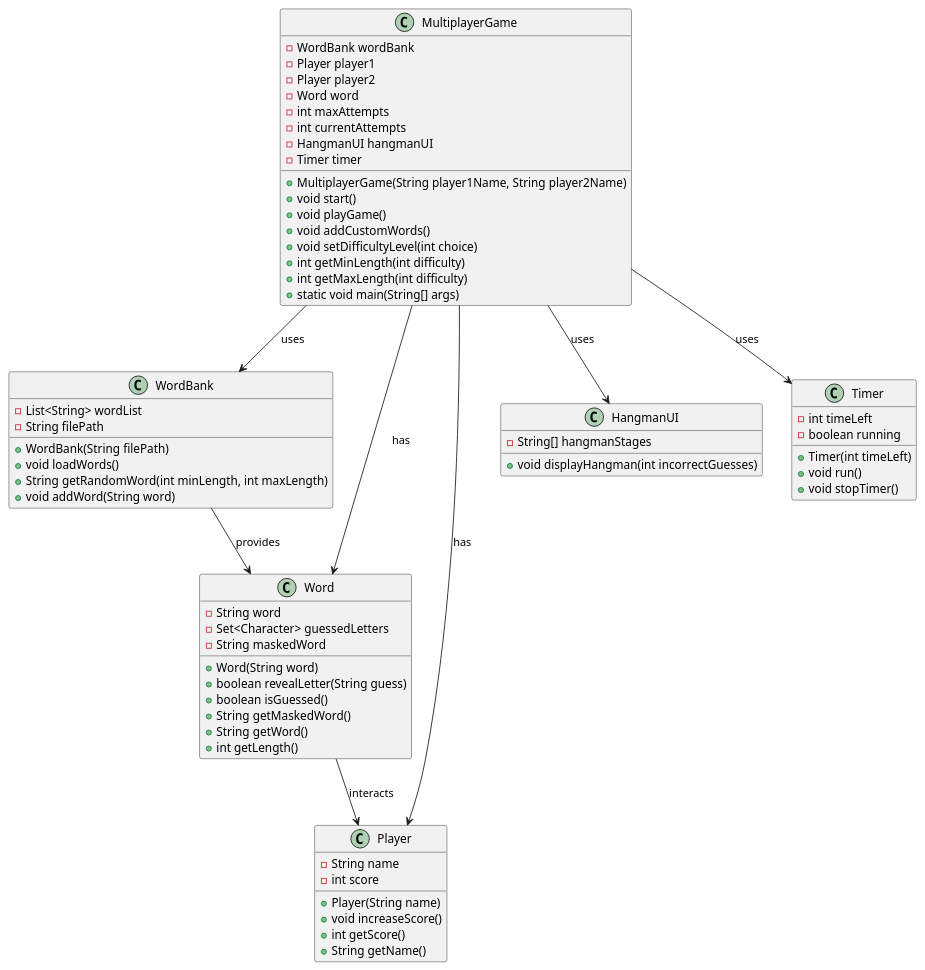
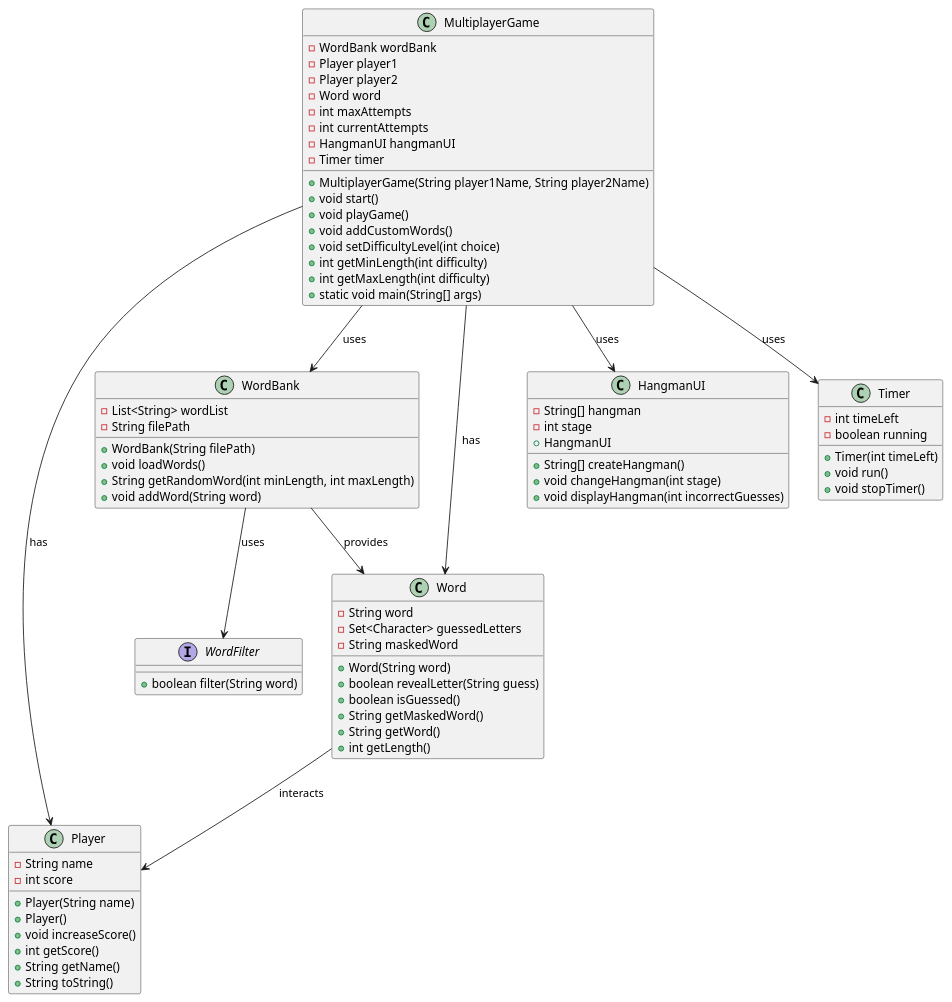
Before and after one commit to dci-fbw-j-24-e02/The-Competition-Project1: the diagram in out/production/The-Competition-Project1/ClassDiagram.puml, drawn with PlantUML. The commit also changed 2 other files, not shown here.

```diff
--- a/out/production/The-Competition-Project1/ClassDiagram.puml
+++ b/out/production/The-Competition-Project1/ClassDiagram.puml
@@ -1,73 +1,84 @@
 @startuml
 
 class WordBank {
     - List<String> wordList
     - String filePath
     + WordBank(String filePath)
     + void loadWords()
     + String getRandomWord(int minLength, int maxLength)
     + void addWord(String word)
 }
 
+interface WordFilter{
+    + boolean filter(String word)
+}
+
 class Player {
     - String name
     - int score
     + Player(String name)
+    + Player()
     + void increaseScore()
     + int getScore()
     + String getName()
+    + String toString()
 }
 
 class Word {
     - String word
     - Set<Character> guessedLetters
     - String maskedWord
     + Word(String word)
     + boolean revealLetter(String guess)
     + boolean isGuessed()
     + String getMaskedWord()
     + String getWord()
     + int getLength()
 }
 
 class HangmanUI {
-    - String[] hangmanStages
+    - String[] hangman
+    - int stage
+    + HangmanUI
+    + String[] createHangman()
+    + void changeHangman(int stage)
     + void displayHangman(int incorrectGuesses)
 }
 
 class Timer {
     - int timeLeft
     - boolean running
     + Timer(int timeLeft)
     + void run()
     + void stopTimer()
 }
 
 class MultiplayerGame {
     - WordBank wordBank
     - Player player1
     - Player player2
     - Word word
     - int maxAttempts
     - int currentAttempts
     - HangmanUI hangmanUI
     - Timer timer
     + MultiplayerGame(String player1Name, String player2Name)
     + void start()
     + void playGame()
     + void addCustomWords()
     + void setDifficultyLevel(int choice)
     + int getMinLength(int difficulty)
     + int getMaxLength(int difficulty)
     + static void main(String[] args)
 }
 
 MultiplayerGame --> WordBank : uses
 MultiplayerGame --> Player : has
 MultiplayerGame --> Word : has
 MultiplayerGame --> HangmanUI : uses
 MultiplayerGame --> Timer : uses
+WordBank --> WordFilter : uses
 WordBank --> Word : provides
 Word --> Player : interacts
 
 @enduml
```
